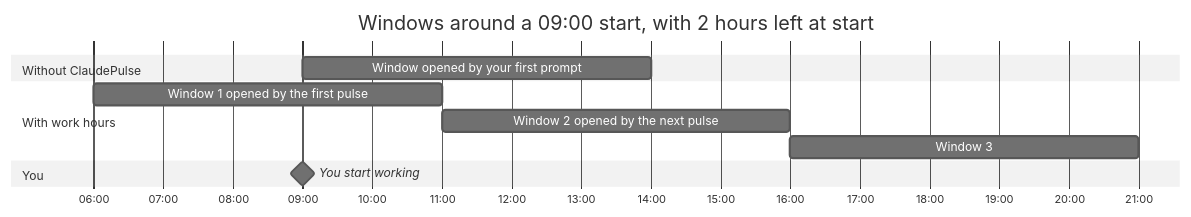
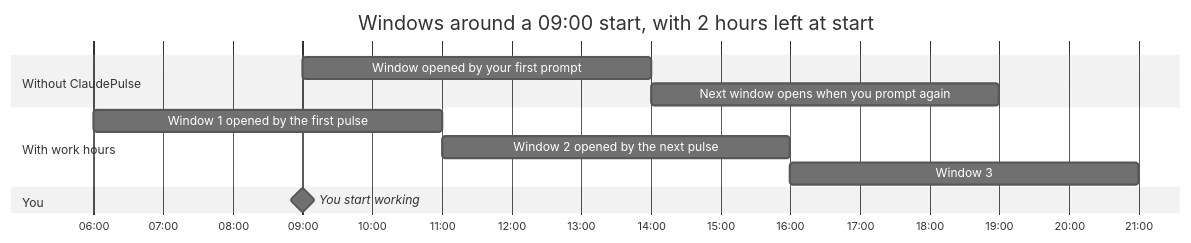
Before and after one commit to substance0/claudepulse: the diagram in README.md, drawn with Mermaid (neutral theme). The commit also changed other lines of this file, not shown here.

````diff
--- a/README.md
+++ b/README.md
@@ -63,14 +64,15 @@
 ```mermaid
 gantt
     title Windows around a 09:00 start, with 2 hours left at start
     dateFormat HH:mm
     axisFormat %H:%M
     section Without ClaudePulse
     Window opened by your first prompt :a1, 09:00, 5h
+    Next window opens when you prompt again :a2, 14:00, 5h
     section With work hours
     Window 1 opened by the first pulse :b1, 06:00, 5h
     Window 2 opened by the next pulse :b2, 11:00, 5h
     Window 3 :b3, 16:00, 5h
     section You
     You start working :milestone, m1, 09:00, 0m
 ```
````
